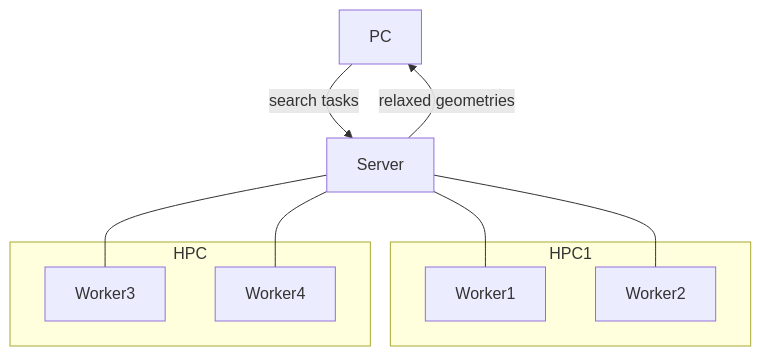
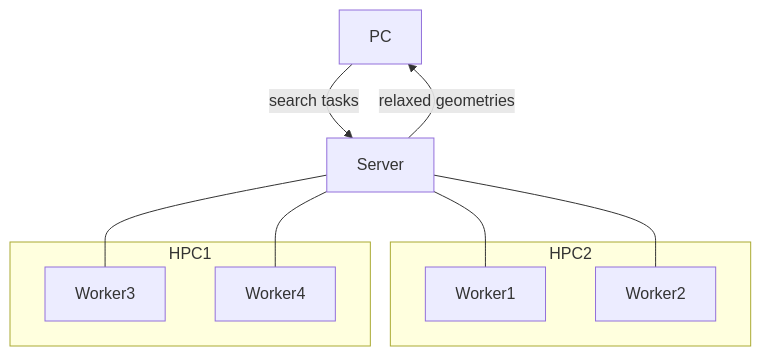
One commit to zhubonan/disp changed the diagram in docs/index.md. Above: the diagram before and after it, drawn with Mermaid.

````diff
--- a/docs/index.md
+++ b/docs/index.md
@@ -16,23 +16,23 @@
 ```mermaid
 flowchart TD
 
 A[PC] --> |search tasks| B[Server];
 B --> |relaxed geometries| A;
 
-subgraph HPC1
+subgraph HPC2
 W1;
 W2;
 end
 
-subgraph HPC
+subgraph HPC1
 W3;
 W4;
 end
 
 B --- W1[Worker1];
 B --- W2[Worker2];
 
 B --- W3[Worker3];
 B --- W4[Worker4];
 
 ```
````
